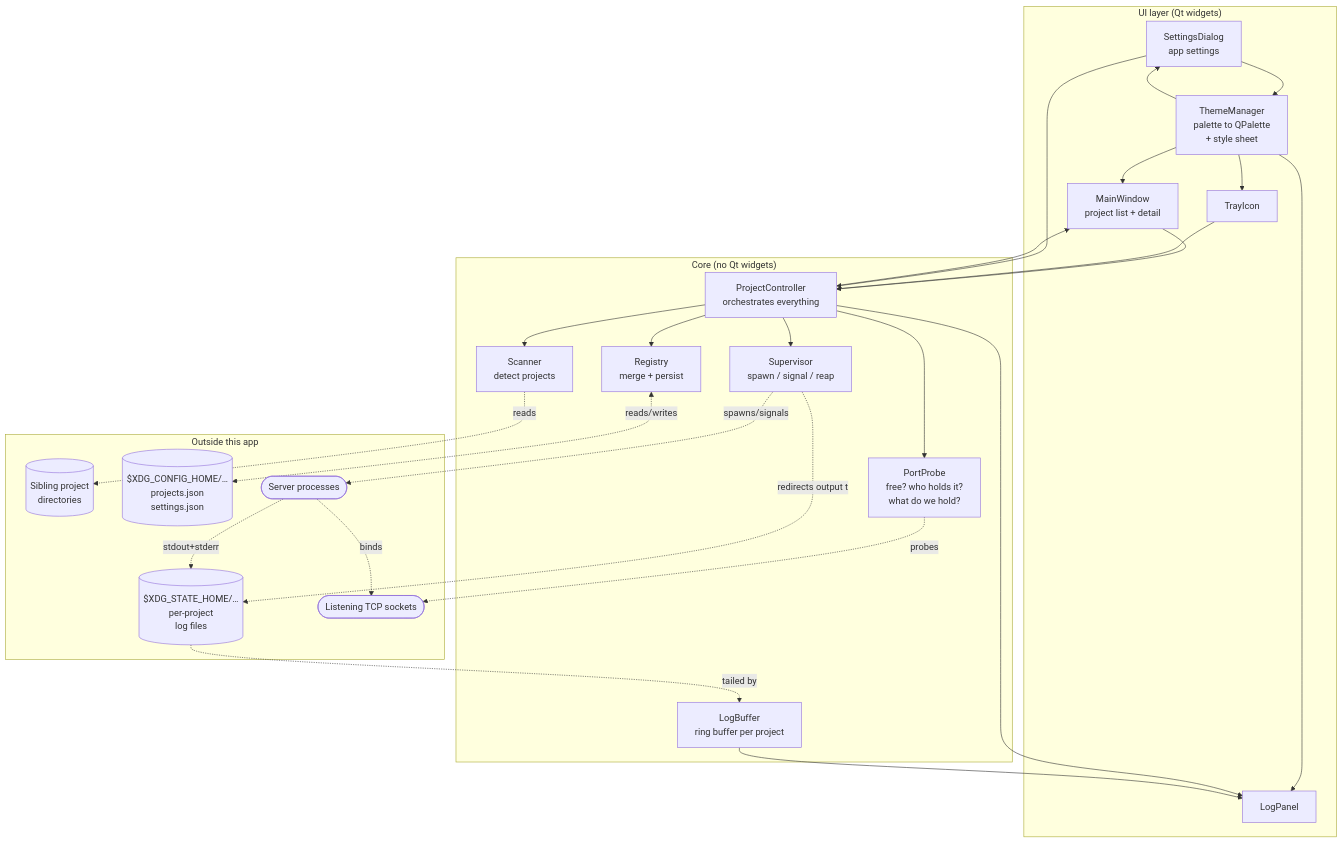
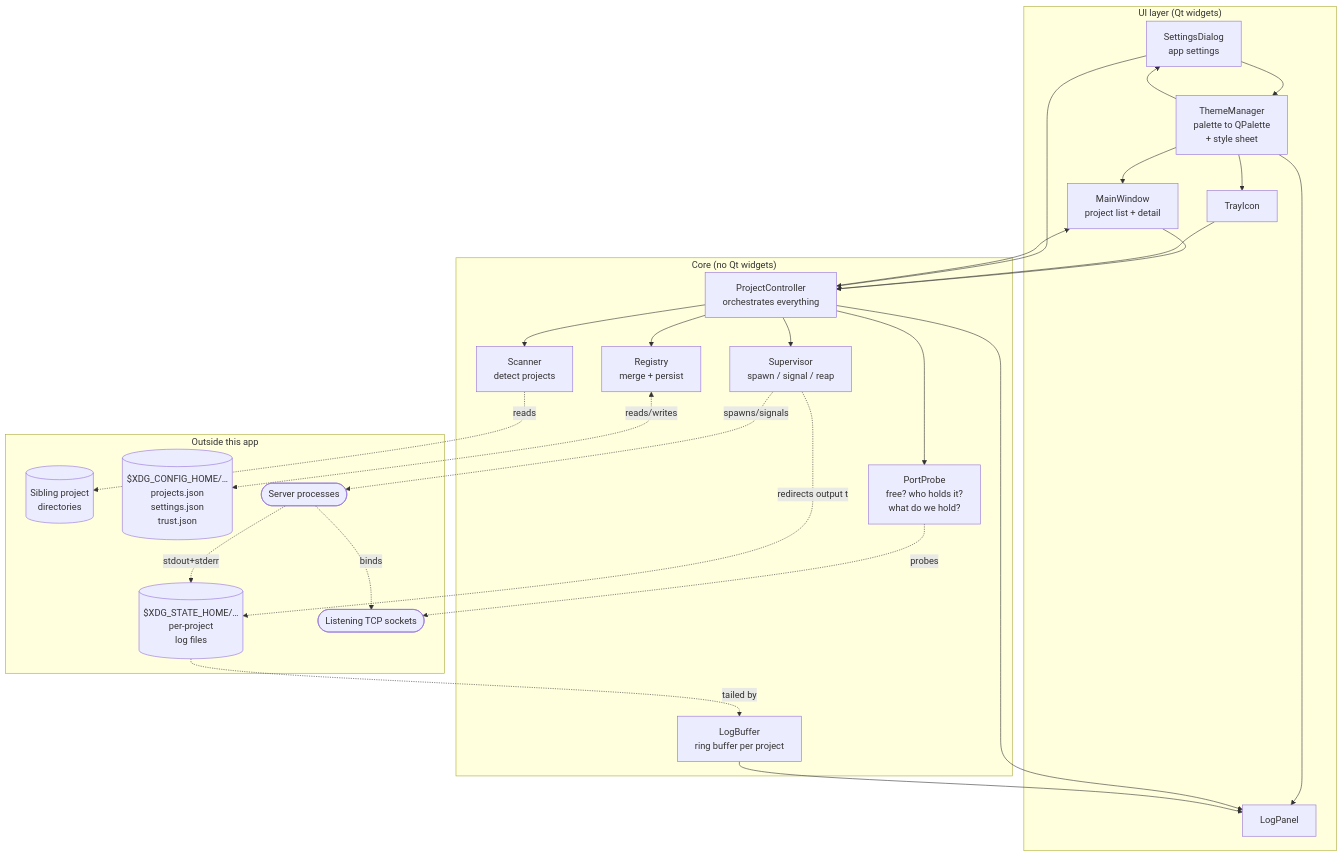
The diagram in docs/design.md (milnet01/LocalWebServerManager), drawn with Mermaid before and after one commit. The commit also changed other lines of this file and 7 other files, not shown here.

````diff
--- a/docs/design.md
+++ b/docs/design.md
@@ -51,53 +51,53 @@
 ```mermaid
 flowchart TB
     subgraph ui["UI layer (Qt widgets)"]
         MW[MainWindow<br/>project list + detail]
         LP[LogPanel]
         TR[TrayIcon]
         SD[SettingsDialog<br/>app settings]
         THM[ThemeManager<br/>palette to QPalette<br/>+ style sheet]
     end
 
     subgraph core["Core (no Qt widgets)"]
         CTL[ProjectController<br/>orchestrates everything]
         SUP[Supervisor<br/>spawn / signal / reap]
         PRB[PortProbe<br/>free? who holds it?<br/>what do we hold?]
         SCN[Scanner<br/>detect projects]
         REG[Registry<br/>merge + persist]
         LOG[LogBuffer<br/>ring buffer per project]
     end
 
     subgraph outside["Outside this app"]
         FS[(Sibling project<br/>directories)]
-        CFG[("$XDG_CONFIG_HOME/…<br/>projects.json<br/>settings.json")]
+        CFG[("$XDG_CONFIG_HOME/…<br/>projects.json<br/>settings.json<br/>trust.json")]
         LOGF[("$XDG_STATE_HOME/…<br/>per-project<br/>log files")]
         PROC([Server processes])
         NET([Listening TCP sockets])
     end
 
     MW --> CTL
     TR --> CTL
     SD --> CTL
     SD --> THM
     THM --> MW
     THM --> LP
     THM --> TR
     THM --> SD
     CTL --> LP
     CTL --> MW
 
     CTL --> SUP
     CTL --> PRB
     CTL --> SCN
     CTL --> REG
     LOG --> LP
 
     SCN -.reads.-> FS
     REG <-.reads/writes.-> CFG
     SUP -.spawns/signals.-> PROC
     SUP -.redirects output to.-> LOGF
     PROC -.stdout+stderr.-> LOGF
     LOGF -.tailed by.-> LOG
     PRB -.probes.-> NET
     PROC -.binds.-> NET
 ```
````
